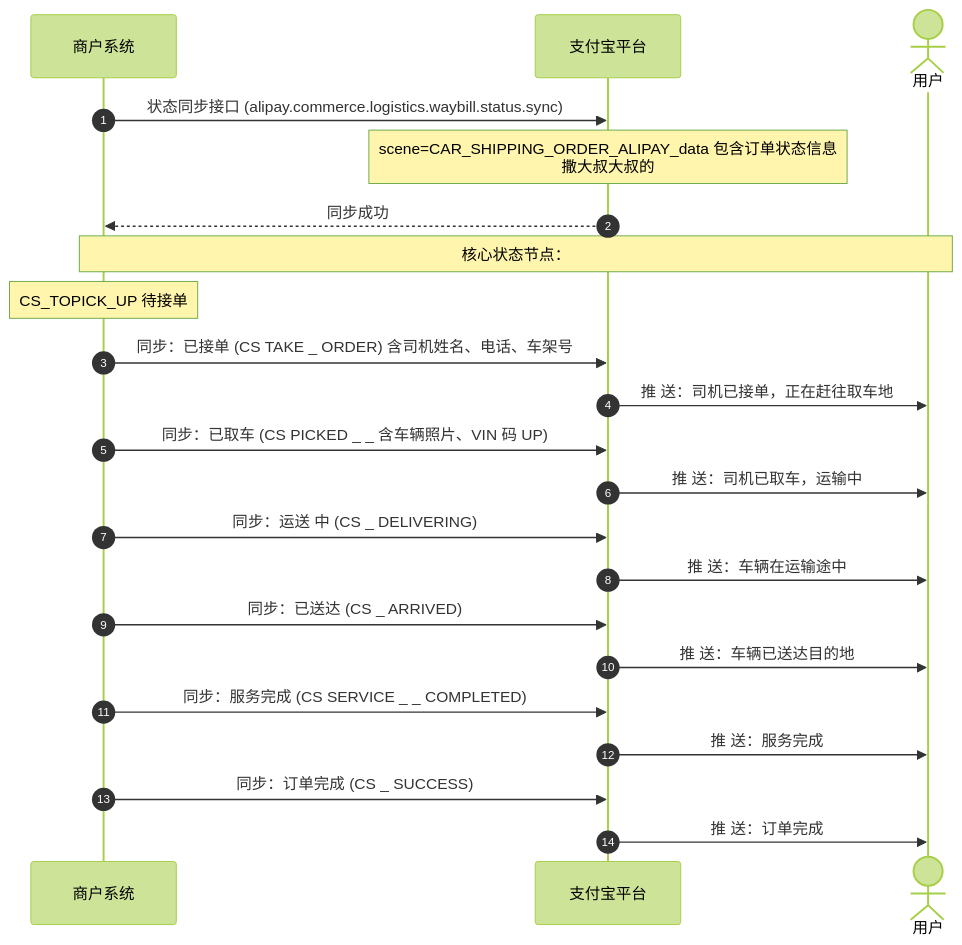
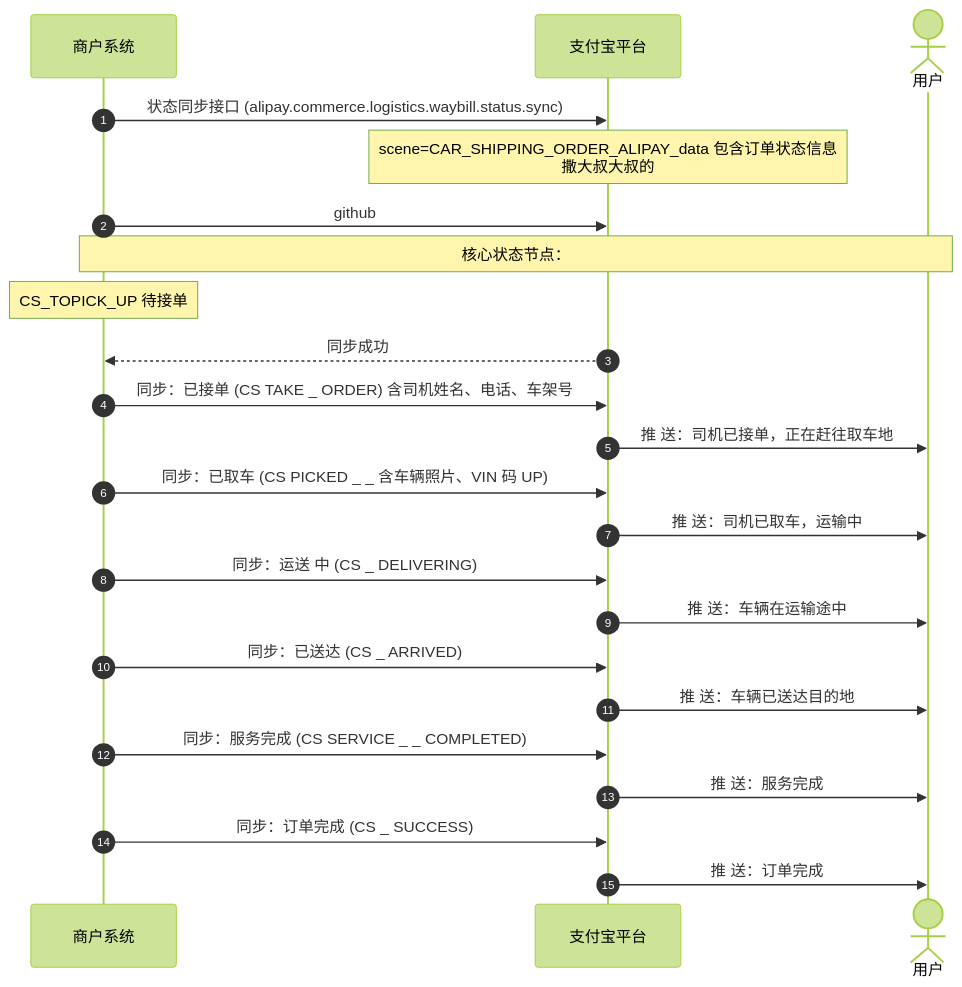
The diagram in notes/支付单状态同步时序_b3042cb3-08c1-43b5-b440-32d3f6443821.md (pingpm/mermaid_vault), drawn with Mermaid (forest theme) before and after one commit. The commit also changed 3 other files, not shown here.

Commit message:
Sync Mermaid Studio data (15 diagrams)

````diff
--- a/notes/支付单状态同步时序_b3042cb3-08c1-43b5-b440-32d3f6443821.md
+++ b/notes/支付单状态同步时序_b3042cb3-08c1-43b5-b440-32d3f6443821.md
@@ -3,25 +3,26 @@
 ```mermaid
 sequenceDiagram
   autonumber
   participant p0 as 商户系统
   participant p1 as 支付宝平台
   actor p2 as 用户
   p0->>p1: 状态同步接⼝ (alipay.commerce.logistics.waybill.status.sync)
   Note over p1: scene=CAR_SHIPPING_ORDER_ALIPAY_data 包含订单状态信息<br/>撒大叔大叔的
-  p1-->>p0: 同步成功
+  p0->>p1: github
   Note over p0,p2: 核⼼状态节点：
   Note over p0: CS_TOPICK_UP 待接单
+  p1-->>p0: 同步成功
   p0->>p1: 同步：已接单 (CS TAKE _  ORDER) 含司机姓名、电话、⻋架号
   p1->>p2: 推 送：司机已接单，正在赶往取⻋地
   p0->>p1: 同步：已取⻋ (CS PICKED _ _ 含⻋辆照⽚、VIN 码 UP)
   p1->>p2: 推 送：司机已取⻋，运输中
   p0->>p1: 同步：运送 中 (CS _ DELIVERING)
   p1->>p2: 推 送：⻋辆在运输途中
   p0->>p1: 同步：已送达 (CS _ ARRIVED)
   p1->>p2: 推 送：⻋辆已送达⽬的地
   p0->>p1: 同步：服务完成 (CS SERVICE _ _ COMPLETED)
   p1->>p2: 推 送：服务完成
   p0->>p1: 同步：订单完成 (CS _ SUCCESS)
   p1->>p2: 推 送：订单完成
 
 ```
````
